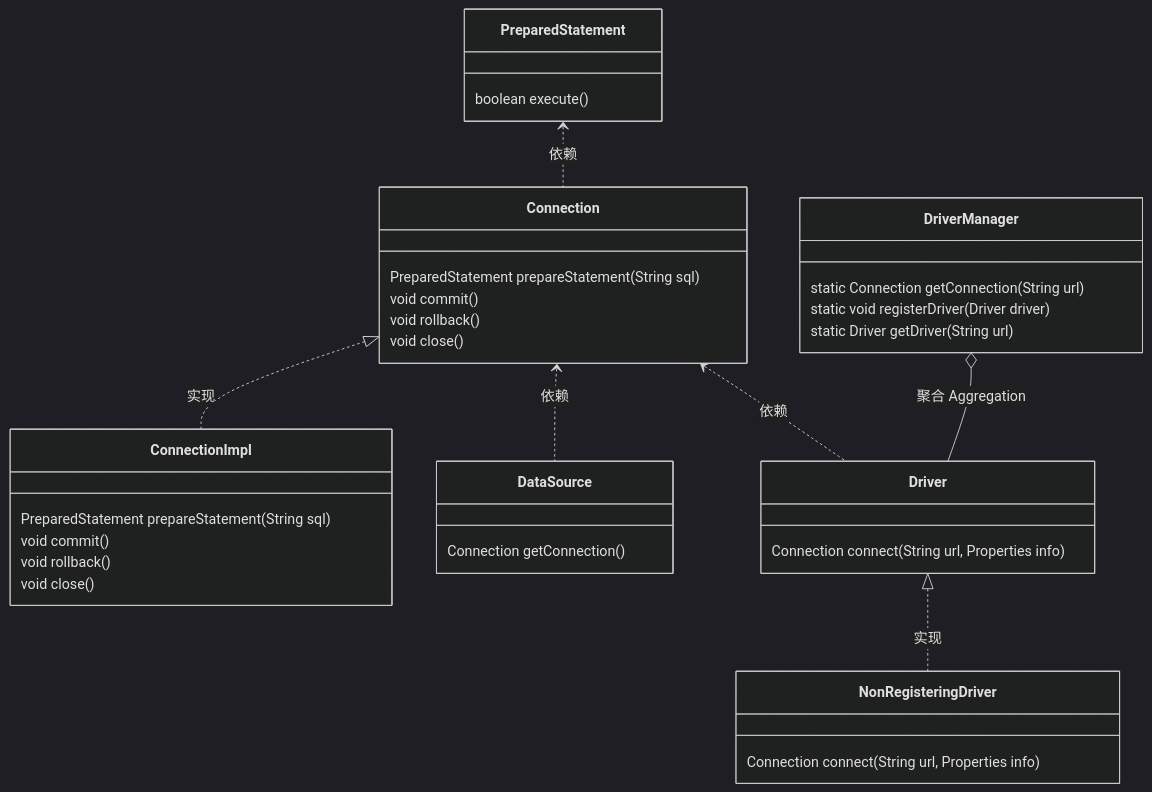
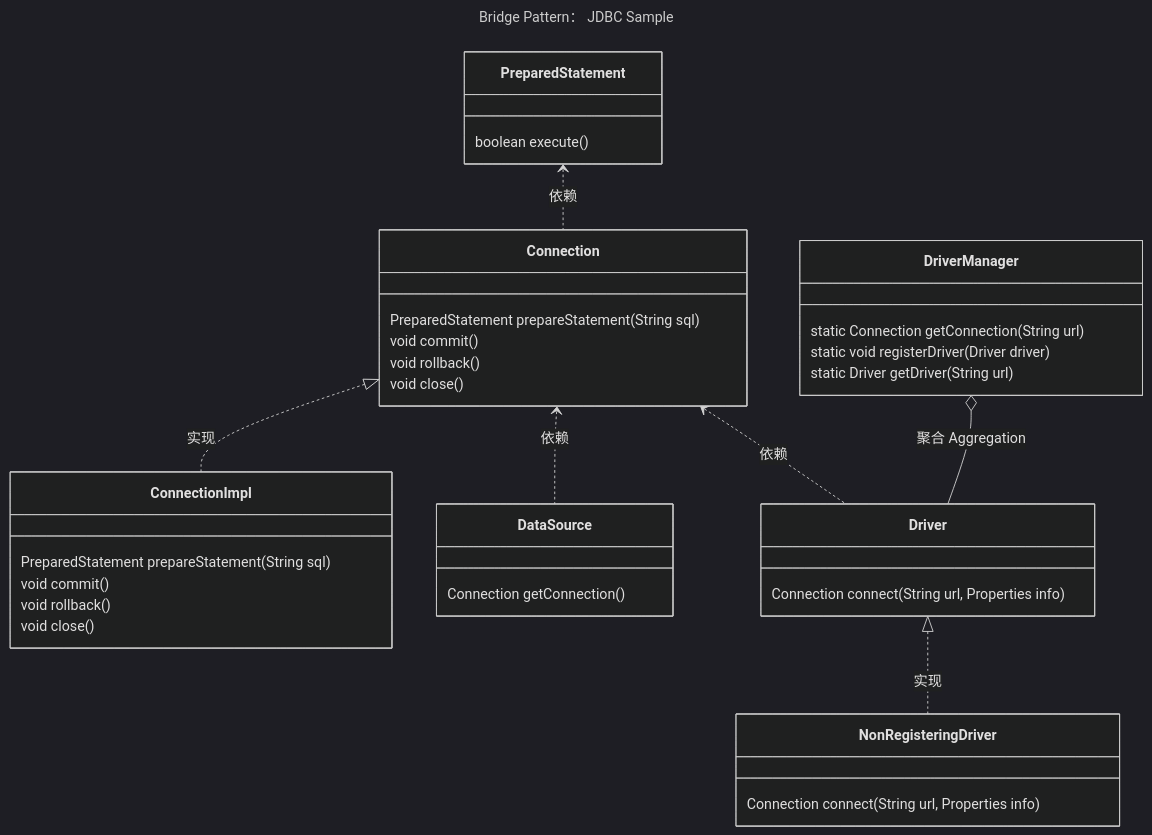
One commit to David-5-5/tutorial changed the seventh of 8 diagrams in docs/designpattern/structure.md. Above: the diagram before and after it, drawn with Mermaid (dark theme). The commit also changed other lines of this file, not shown here.

Commit message:
Add composite pattern

````diff
--- a/docs/designpattern/structure.md
+++ b/docs/designpattern/structure.md
@@ -320,51 +330,54 @@
 ```mermaid
+---
+title: Bridge Pattern： JDBC Sample
+---
 classDiagram
 
 class Connection {
   PreparedStatement	prepareStatement(String sql)
   void	commit()
   void	rollback()
   void	close()
 }
 
 class PreparedStatement {
   boolean execute()
 }
 
 class DataSource {
   Connection	getConnection()
 }
 
 class DriverManager {
   static Connection	getConnection(String url)
   static void	registerDriver(Driver driver)
   static Driver	getDriver(String url)
 }
 
 class Driver {
   Connection connect(String url, Properties info)
 }
 
 class NonRegisteringDriver {
   Connection connect(String url, Properties info)
 }
 
 class ConnectionImpl {
   PreparedStatement	prepareStatement(String sql)
   void	commit()
   void	rollback()
   void	close()
 }
 
 DriverManager o-- Driver : 聚合 Aggregation
 
 Connection <.. Driver : 依赖
 Connection <.. DataSource : 依赖
 
 PreparedStatement <.. Connection : 依赖
 
 
 Connection <|.. ConnectionImpl : 实现
 Driver <|.. NonRegisteringDriver : 实现
 
 ```
````
